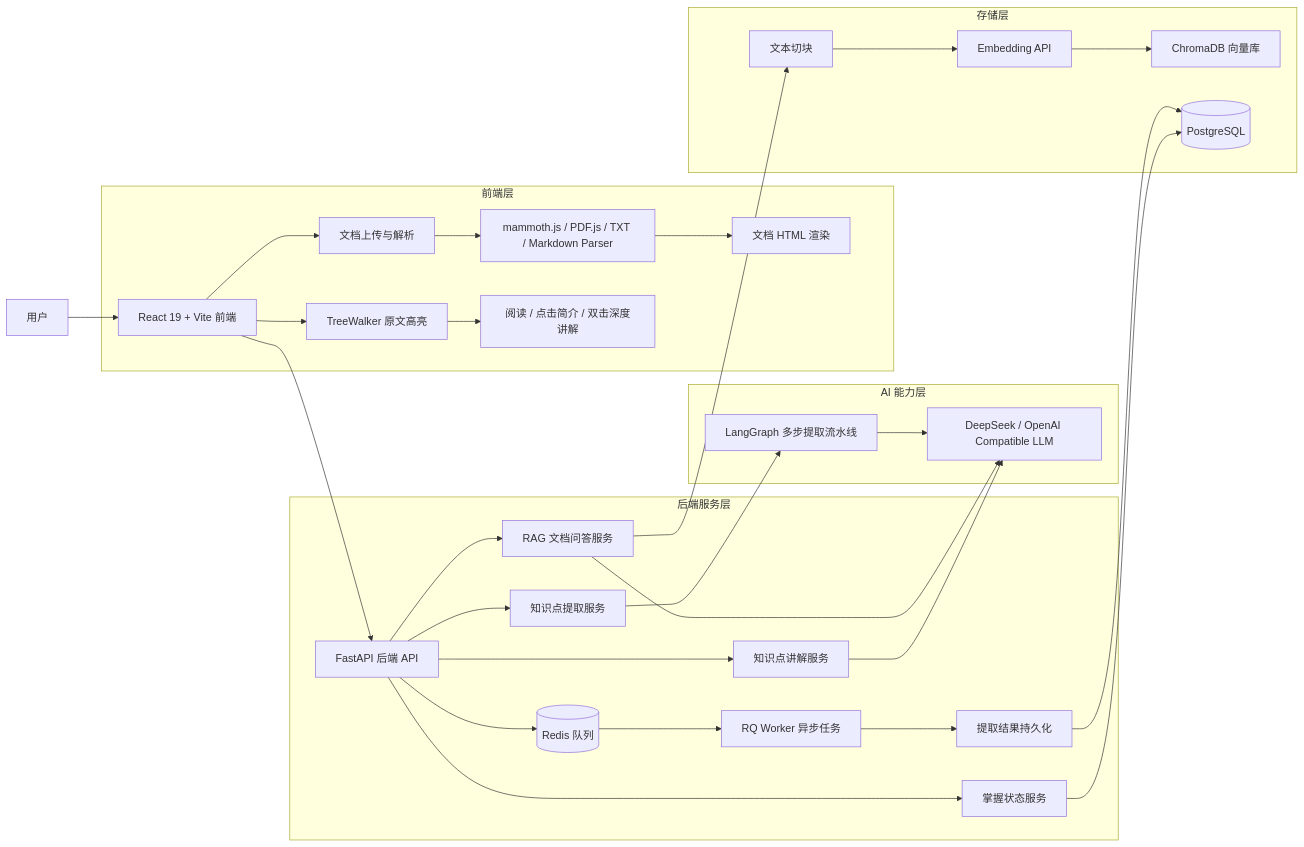
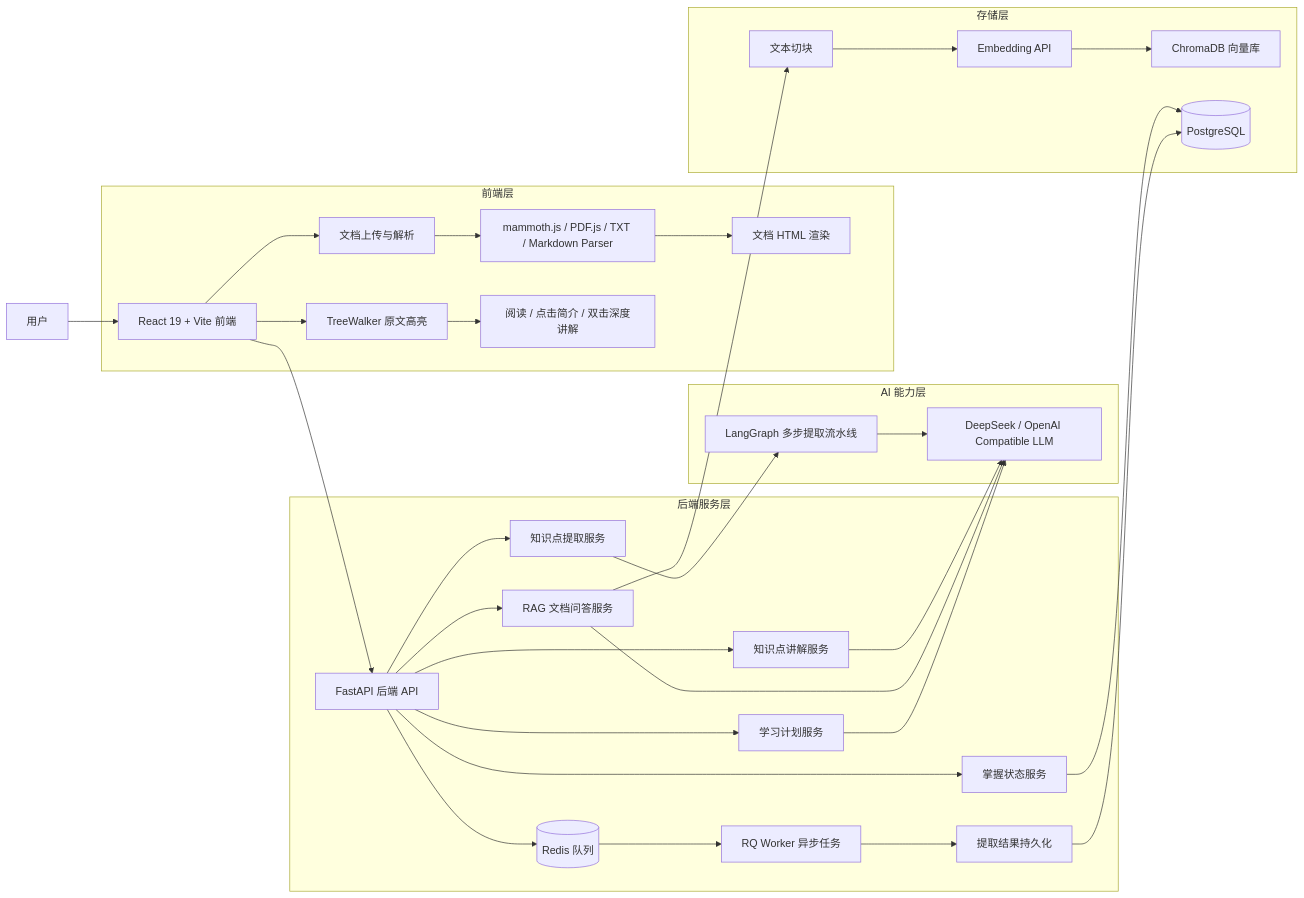
Before and after one commit to 54dongdaozhu/pagemind: the first of 2 diagrams in README.md, drawn with Mermaid. The commit also changed other lines of this file, not shown here.

````diff
--- a/README.md
+++ b/README.md
@@ -36,41 +37,43 @@
 ```mermaid
 flowchart LR
     User[用户] --> Frontend[React 19 + Vite 前端]
 
     subgraph FE[前端层]
         Frontend --> Upload[文档上传与解析]
         Upload --> Parser[mammoth.js / PDF.js / TXT / Markdown Parser]
         Parser --> HtmlRender[文档 HTML 渲染]
         Frontend --> Highlight[TreeWalker 原文高亮]
         Highlight --> Reader[阅读 / 点击简介 / 双击深度讲解]
     end
 
     subgraph BE[后端服务层]
         API[FastAPI 后端 API]
         Worker[RQ Worker 异步任务]
         API --> Extract[知识点提取服务]
         API --> Explain[知识点讲解服务]
         API --> RAG[RAG 文档问答服务]
+        API --> Plan[学习计划服务]
         API --> Knowledge[掌握状态服务]
         API --> Redis[(Redis 队列)]
         Redis --> Worker
         Worker --> Persist[提取结果持久化]
     end
 
     subgraph AI[AI 能力层]
         Extract --> LangGraph[LangGraph 多步提取流水线]
         LangGraph --> LLM[DeepSeek / OpenAI Compatible LLM]
         Explain --> LLM
         RAG --> LLM
+        Plan --> LLM
     end
 
     subgraph Storage[存储层]
         RAG --> Chunk[文本切块]
         Chunk --> Embedding[Embedding API]
         Embedding --> Chroma[ChromaDB 向量库]
         Knowledge --> Postgres[(PostgreSQL)]
         Persist --> Postgres
     end
 
     Frontend --> API
 ```
````
